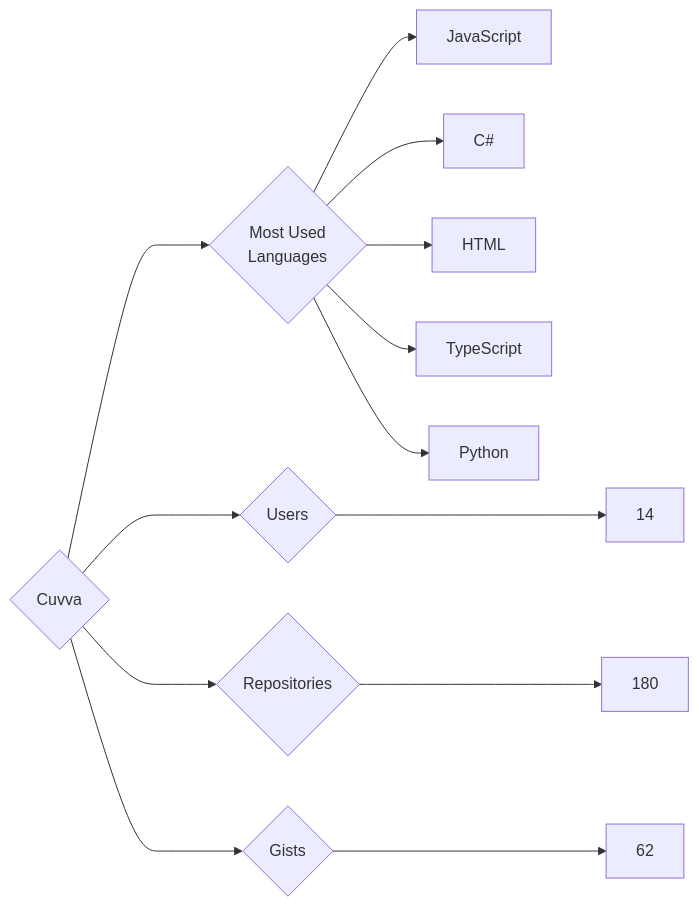
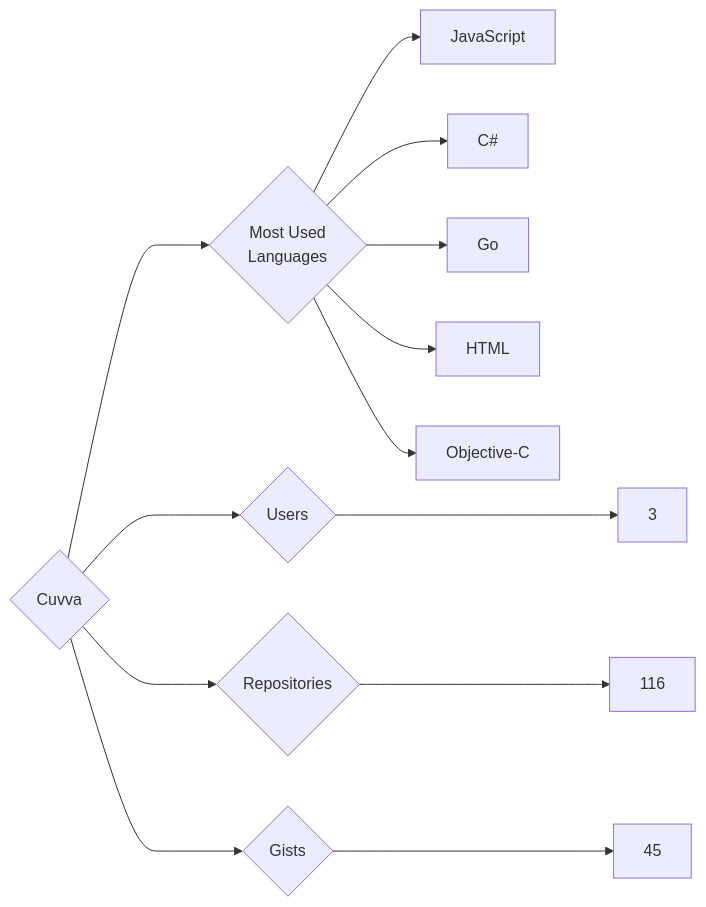
One commit to trickest/insiders changed the diagram in targets/Cuvva/README.md. Above: the diagram before and after it, drawn with Mermaid. The commit also changed 984 other files, not shown here.

````diff
--- a/targets/Cuvva/README.md
+++ b/targets/Cuvva/README.md
@@ -3,13 +3,13 @@
 ```mermaid
 graph LR
 COMPANY_NAME{Cuvva}
-COMPANY_NAME ---> U{Users} ---> UN[14]
-COMPANY_NAME ---> R{Repositories} ---> RN[180]
-COMPANY_NAME ---> G{Gists} ---> GN[62]
+COMPANY_NAME ---> U{Users} ---> UN[3]
+COMPANY_NAME ---> R{Repositories} ---> RN[116]
+COMPANY_NAME ---> G{Gists} ---> GN[45]
 COMPANY_NAME ---> ML{Most Used<br>Languages}
 ML --> JavaScript[JavaScript]
 ML --> C#[C#]
+ML --> Go[Go]
 ML --> HTML[HTML]
-ML --> TypeScript[TypeScript]
-ML --> Python[Python]
+ML --> Objective-C[Objective-C]
 ```
````
